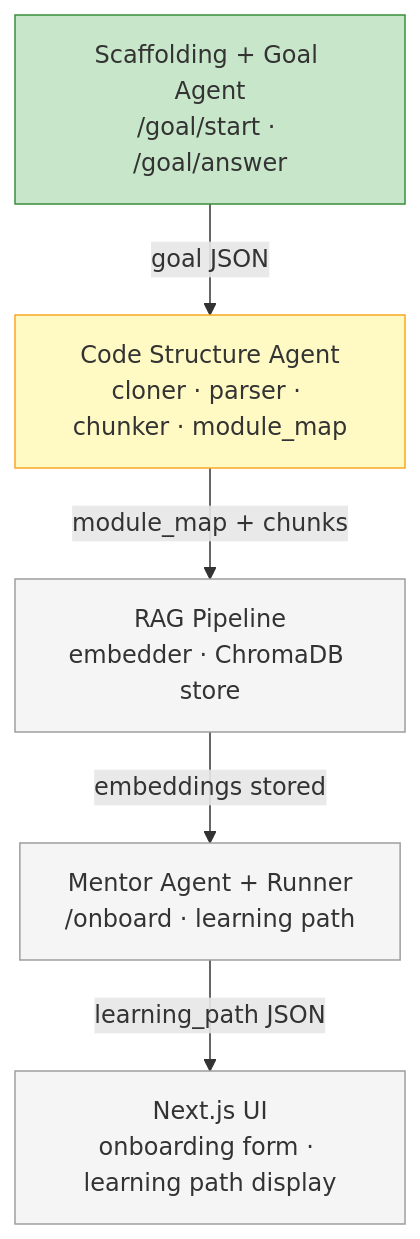
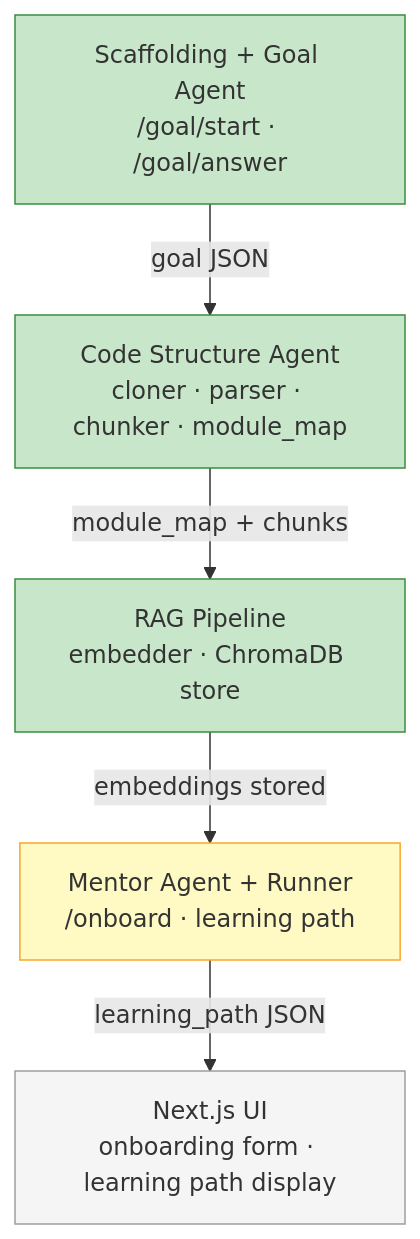
One commit to talziv2/CodeOnboard changed the diagram in docs/planning/phases/phase1.md. Above: the diagram before and after it, drawn with Mermaid. The commit also changed other lines of this file and 6 other files, not shown here.

````diff
--- a/docs/planning/phases/phase1.md
+++ b/docs/planning/phases/phase1.md
@@ -11,19 +11,19 @@
 ```mermaid
 graph TB
     P1["Scaffolding + Goal Agent<br/>/goal/start · /goal/answer"]
     P2["Code Structure Agent<br/>cloner · parser · chunker · module_map"]
     P3["RAG Pipeline<br/>embedder · ChromaDB store"]
     P4["Mentor Agent + Runner<br/>/onboard · learning path"]
     P5["Next.js UI<br/>onboarding form · learning path display"]
 
     P1 -->|"goal JSON"| P2
     P2 -->|"module_map + chunks"| P3
     P3 -->|"embeddings stored"| P4
     P4 -->|"learning_path JSON"| P5
 
     style P1 fill:#c8e6c9,stroke:#388e3c
-    style P2 fill:#fff9c4,stroke:#f9a825
-    style P3 fill:#f5f5f5,stroke:#9e9e9e
-    style P4 fill:#f5f5f5,stroke:#9e9e9e
+    style P2 fill:#c8e6c9,stroke:#388e3c
+    style P3 fill:#c8e6c9,stroke:#388e3c
+    style P4 fill:#fff9c4,stroke:#f9a825
     style P5 fill:#f5f5f5,stroke:#9e9e9e
 ```
````
